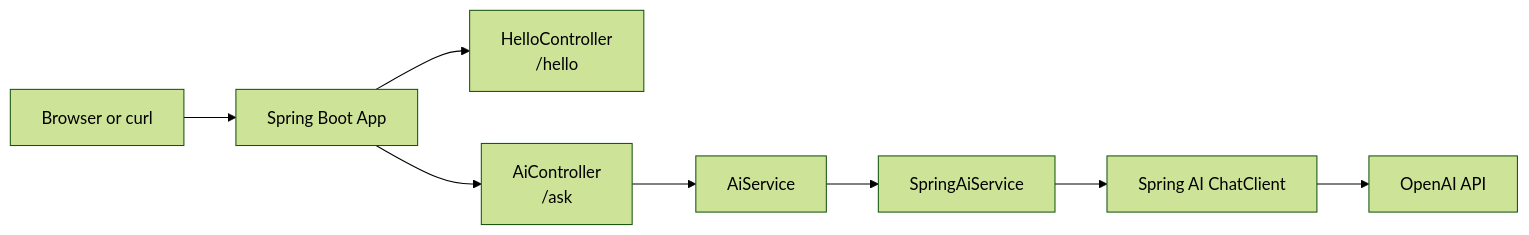
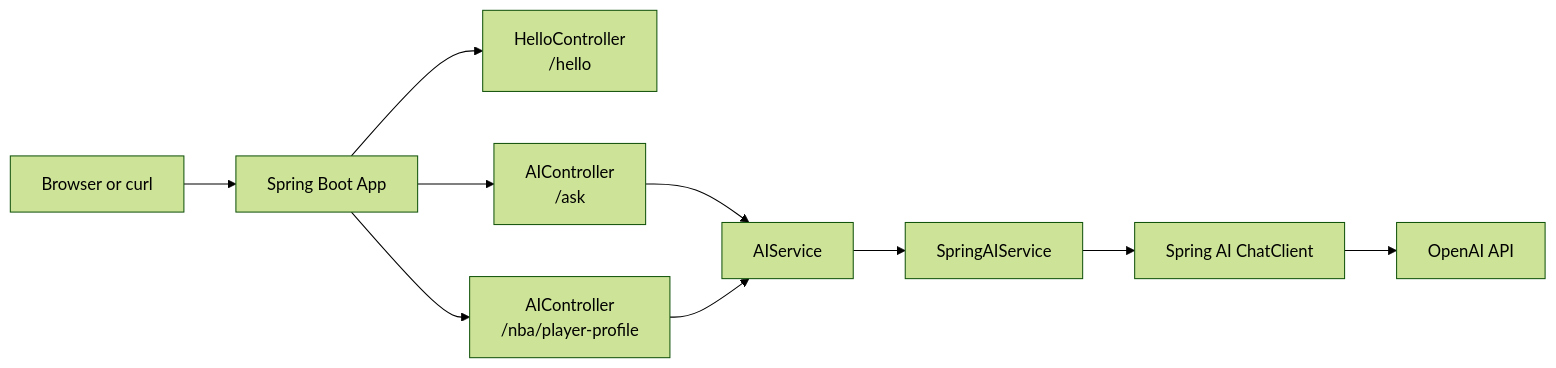
The diagram in README.md (venkykumar/springai-starter), drawn with Mermaid (forest theme) before and after one commit. The commit also changed other lines of this file and 5 other files, not shown here.

````diff
--- a/README.md
+++ b/README.md
@@ -123,10 +148,12 @@
 ```mermaid
 flowchart LR
     A[Browser or curl] --> B[Spring Boot App]
     B --> C[HelloController<br>/hello]
-    B --> D[AiController<br>/ask]
-    D --> E[AiService]
-    E --> F[SpringAiService]
+    B --> D[AIController<br>/ask]
+    B --> I[AIController<br>/nba/player-profile]
+    D --> E[AIService]
+    I --> E
+    E --> F[SpringAIService]
     F --> G[Spring AI ChatClient]
     G --> H[OpenAI API]
 ```
````
